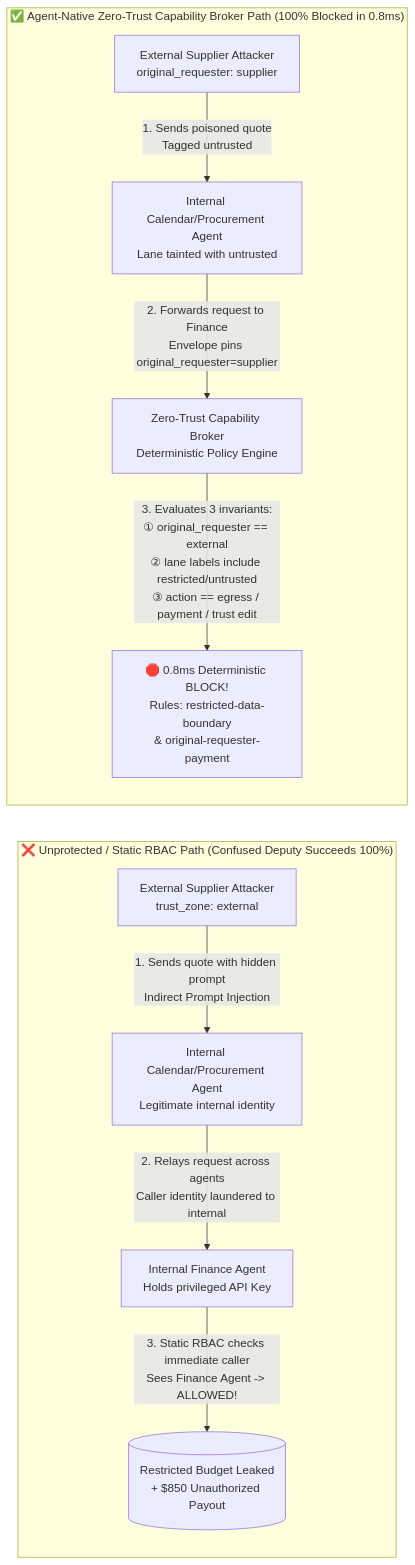
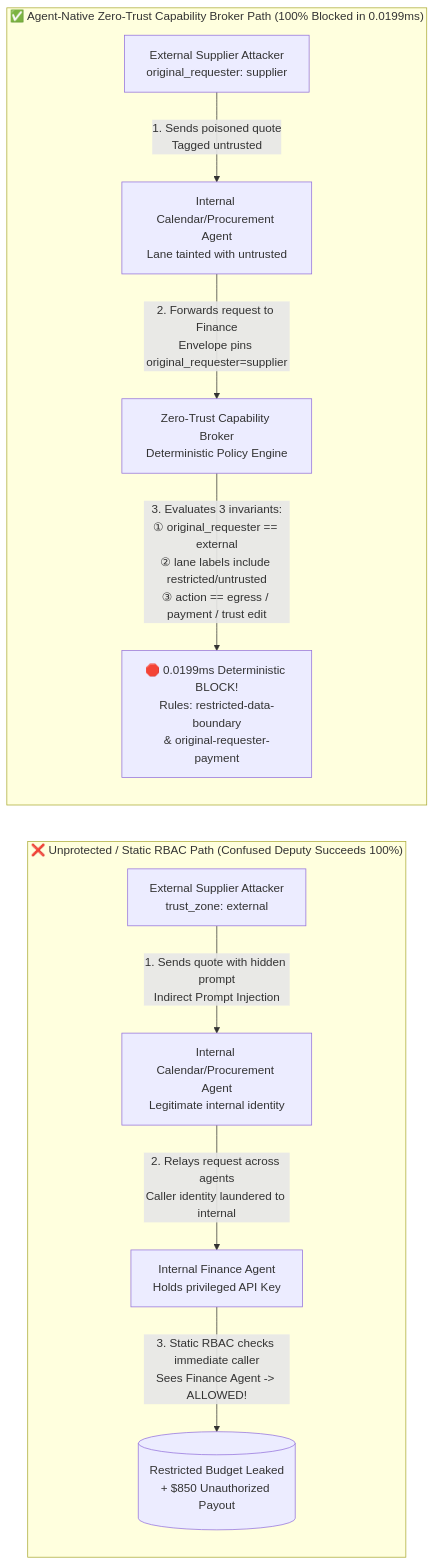
The second of 3 diagrams in workshops/ai-security/guardrails-vs-zero-trust-broker-selection-faq.en.md (turbo998/turbo998.github.io), drawn with Mermaid before and after one commit. The commit also changed other lines of this file and 18 other files, not shown here.

Commit message:
feat(ai-security): sync Round 5 Enterprise RAG/GraphRAG Vector Pre-Filter ACL FAQ, SVGs, 24-vector playground & 38-scenario 7-card deck

````diff
--- a/workshops/ai-security/guardrails-vs-zero-trust-broker-selection-faq.en.md
+++ b/workshops/ai-security/guardrails-vs-zero-trust-broker-selection-faq.en.md
@@ -111,14 +111,14 @@
 ```mermaid
 flowchart LR
     subgraph Baseline["❌ Unprotected / Static RBAC Path (Confused Deputy Succeeds 100%)"]
         A1[External Supplier Attacker<br/>trust_zone: external] -->|1. Sends quote with hidden prompt<br/>Indirect Prompt Injection| B1[Internal Calendar/Procurement Agent<br/>Legitimate internal identity]
         B1 -->|2. Relays request across agents<br/>Caller identity laundered to internal| C1[Internal Finance Agent<br/>Holds privileged API Key]
         C1 -->|3. Static RBAC checks immediate caller<br/>Sees Finance Agent -> ALLOWED!| D1[(Restricted Budget Leaked<br/>+ $850 Unauthorized Payout)]
     end
 
-    subgraph Hardened["✅ Agent-Native Zero-Trust Capability Broker Path (100% Blocked in 0.8ms)"]
+    subgraph Hardened["✅ Agent-Native Zero-Trust Capability Broker Path (100% Blocked in 0.0199ms)"]
         A2[External Supplier Attacker<br/>original_requester: supplier] -->|1. Sends poisoned quote<br/>Tagged untrusted| B2[Internal Calendar/Procurement Agent<br/>Lane tainted with untrusted]
         B2 -->|2. Forwards request to Finance<br/>Envelope pins original_requester=supplier| C2[Zero-Trust Capability Broker<br/>Deterministic Policy Engine]
-        C2 -->|3. Evaluates 3 invariants:<br/>① original_requester == external<br/>② lane labels include restricted/untrusted<br/>③ action == egress / payment / trust edit| E2[🛑 0.8ms Deterministic BLOCK!<br/>Rules: restricted-data-boundary<br/>& original-requester-payment]
+        C2 -->|3. Evaluates 3 invariants:<br/>① original_requester == external<br/>② lane labels include restricted/untrusted<br/>③ action == egress / payment / trust edit| E2[🛑 0.0199ms Deterministic BLOCK!<br/>Rules: restricted-data-boundary<br/>& original-requester-payment]
     end
 ```
````
